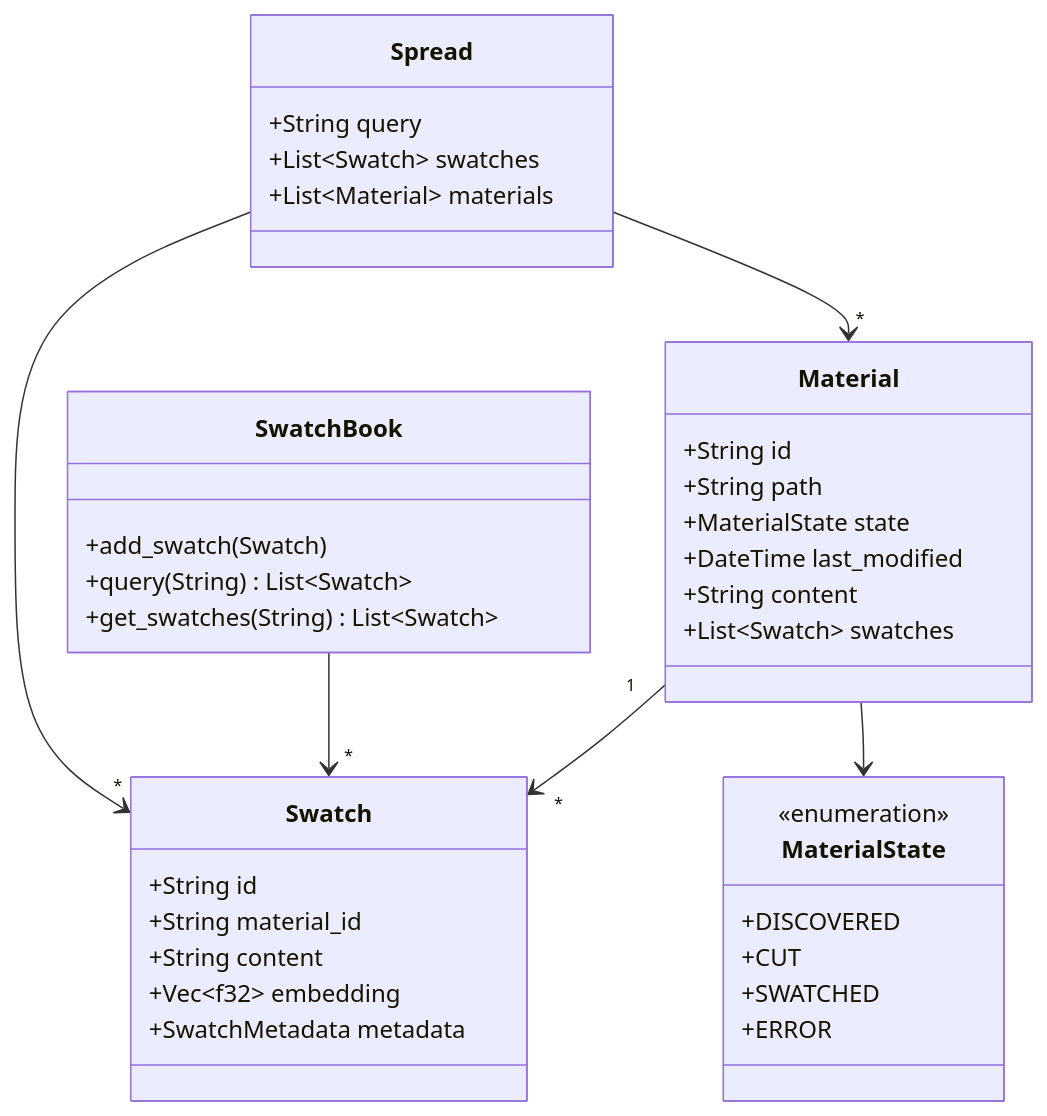
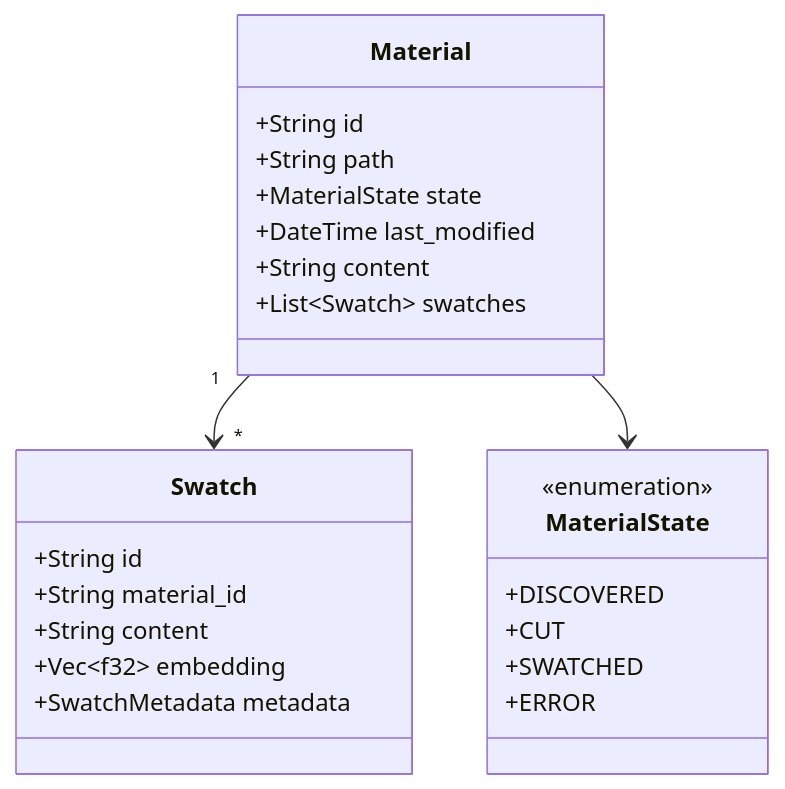
The third of 3 diagrams in memory-bank/systemPatterns.md (pandallel/quilt), drawn with Mermaid before and after one commit. The commit also changed other lines of this file and 4 other files, not shown here.

````diff
--- a/memory-bank/systemPatterns.md
+++ b/memory-bank/systemPatterns.md
@@ -93,45 +76,30 @@
 ```mermaid
 classDiagram
     class Material {
         +String id
         +String path
         +MaterialState state
         +DateTime last_modified
         +String content
         +List~Swatch~ swatches
     }
 
     class Swatch {
         +String id
         +String material_id
         +String content
         +Vec~f32~ embedding
         +SwatchMetadata metadata
     }
 
     class MaterialState {
         <<enumeration>>
         +DISCOVERED
         +CUT
         +SWATCHED
         +ERROR
     }
 
-    class SwatchBook {
-        +add_swatch(Swatch)
-        +query(String) List~Swatch~
-        +get_swatches(String) List~Swatch~
-    }
-
-    class Spread {
-        +String query
-        +List~Swatch~ swatches
-        +List~Material~ materials
-    }
-
     Material "1" --> "*" Swatch
     Material --> MaterialState
-    SwatchBook --> "*" Swatch
-    Spread --> "*" Swatch
-    Spread --> "*" Material
 ```
````
